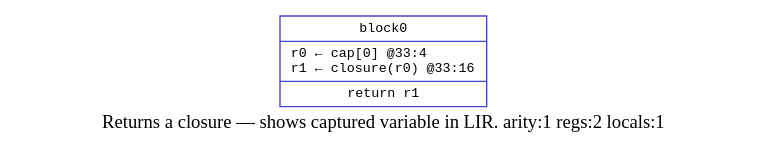
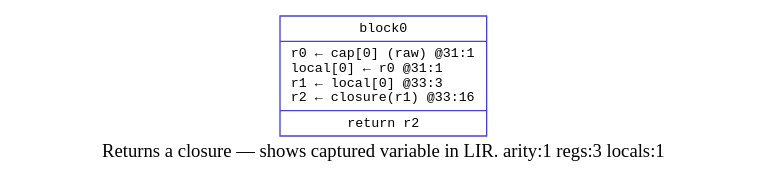
The diagram in demos/cfgviz/make-adder.dot (elle-lisp/elle), drawn with Graphviz before and after one commit. The commit also changed 362 other files, not shown here.

```diff
--- a/demos/cfgviz/make-adder.dot
+++ b/demos/cfgviz/make-adder.dot
@@ -1,5 +1,5 @@
 digraph {
-  label="Returns a closure — shows captured variable in LIR. arity:1 regs:2 locals:1";
+  label="Returns a closure — shows captured variable in LIR. arity:1 regs:3 locals:1";
   node [shape=record fontname="monospace" fontsize=10];
-  block0 [color="#4444cc" label="{block0|r0 ← cap[0] @33:4\lr1 ← closure(r0) @33:16\l|return r1}"];
+  block0 [color="#4444cc" label="{block0|r0 ← cap[0] (raw) @31:1\llocal[0] ← r0 @31:1\lr1 ← local[0] @33:3\lr2 ← closure(r1) @33:16\l|return r2}"];
 }
```
